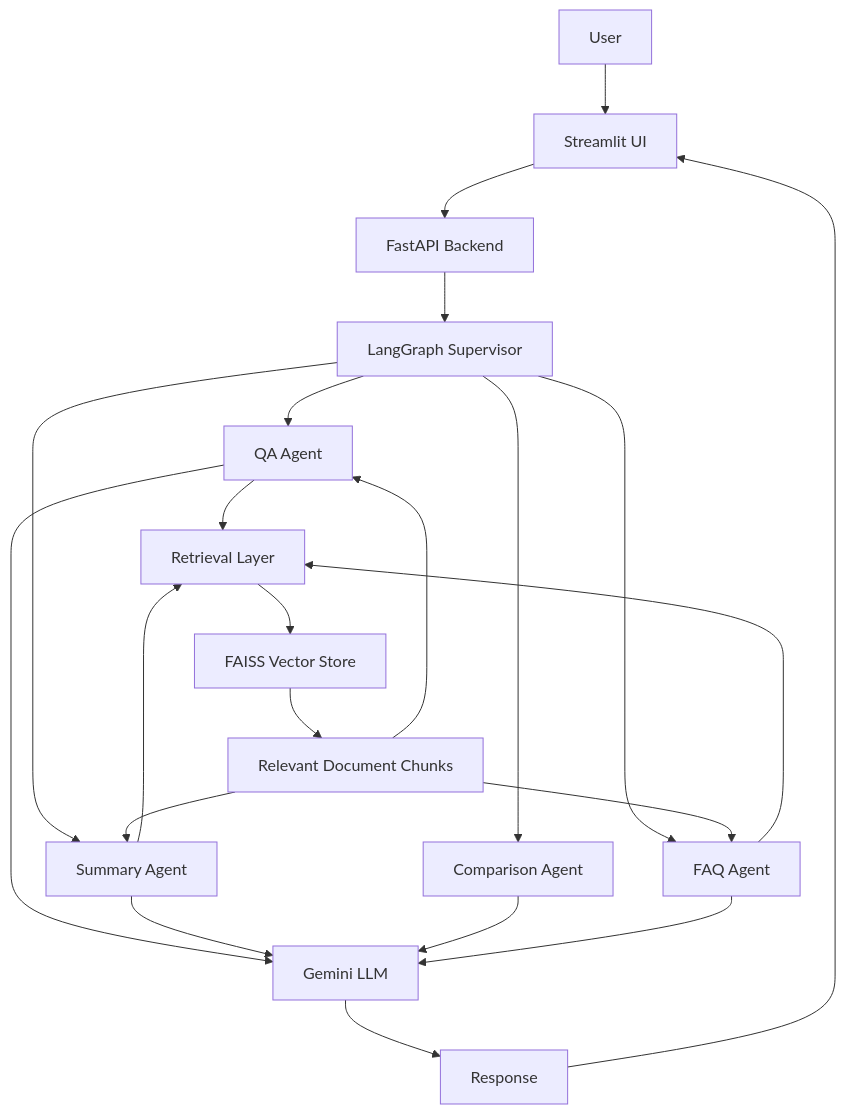
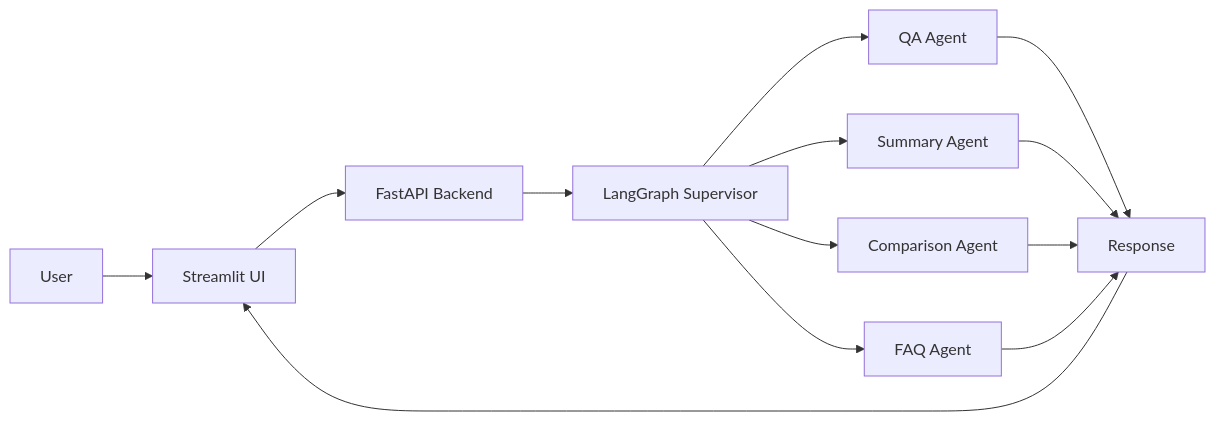
The first of 2 diagrams in README.md (lagnajitashome/enterprise-ai-document-intelligence), drawn with Mermaid before and after one commit. The commit also changed other lines of this file, not shown here.

````diff
--- a/README.md
+++ b/README.md
@@ -20,31 +22,20 @@
 ```mermaid
-flowchart TD
+flowchart LR
 
-    A[User] --> B[Streamlit UI]
-    B --> C[FastAPI Backend]
-    C --> D[LangGraph Supervisor]
+    A[User]
+    --> B[Streamlit UI]
+    --> C[FastAPI Backend]
+    --> D[LangGraph Supervisor]
 
     D --> E[QA Agent]
     D --> F[Summary Agent]
     D --> G[Comparison Agent]
     D --> H[FAQ Agent]
 
-    E --> I[Retrieval Layer]
+    E --> I[Response]
     F --> I
+    G --> I
     H --> I
 
-    I --> J[FAISS Vector Store]
-    J --> K[Relevant Document Chunks]
-
-    K --> E
-    K --> F
-    K --> H
-
-    E --> L[Gemini LLM]
-    F --> L
-    G --> L
-    H --> L
-
-    L --> M[Response]
-    M --> B
+    I --> B
 ```
````
